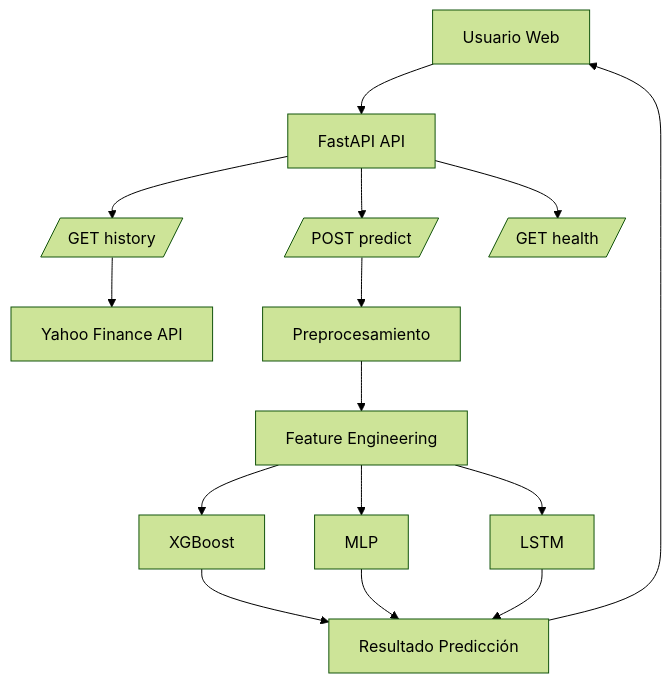
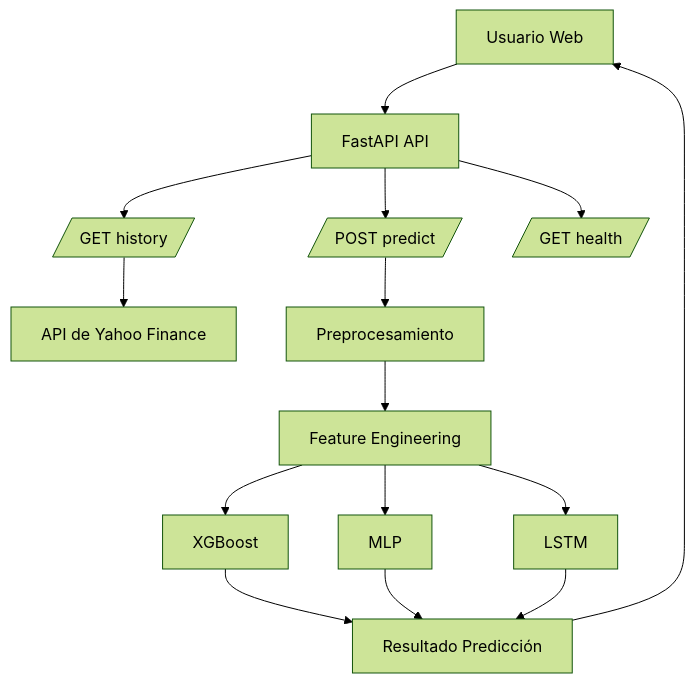
Before and after one commit to davidSRA/proyecto_Modulo6_MLDS: the first of 2 diagrams in docs/deployment/deploymentdoc.md, drawn with Mermaid (forest theme). The commit also changed other lines of this file, not shown here.

````diff
--- a/docs/deployment/deploymentdoc.md
+++ b/docs/deployment/deploymentdoc.md
@@ -37,24 +37,24 @@
 ```mermaid
 flowchart TD
 
 A[Usuario Web] --> B[FastAPI API]
 
 B --> C[/GET history/]
 B --> D[/POST predict/]
 B --> E[/GET health/]
 
-C --> F[Yahoo Finance API]
+C --> F[API de Yahoo Finance]
 
 D --> G[Preprocesamiento]
 G --> H[Feature Engineering]
 
 H --> I[XGBoost]
 H --> J[MLP]
 H --> K[LSTM]
 
 I --> L[Resultado Predicción]
 J --> L
 K --> L
 
 L --> A
 ```
````
